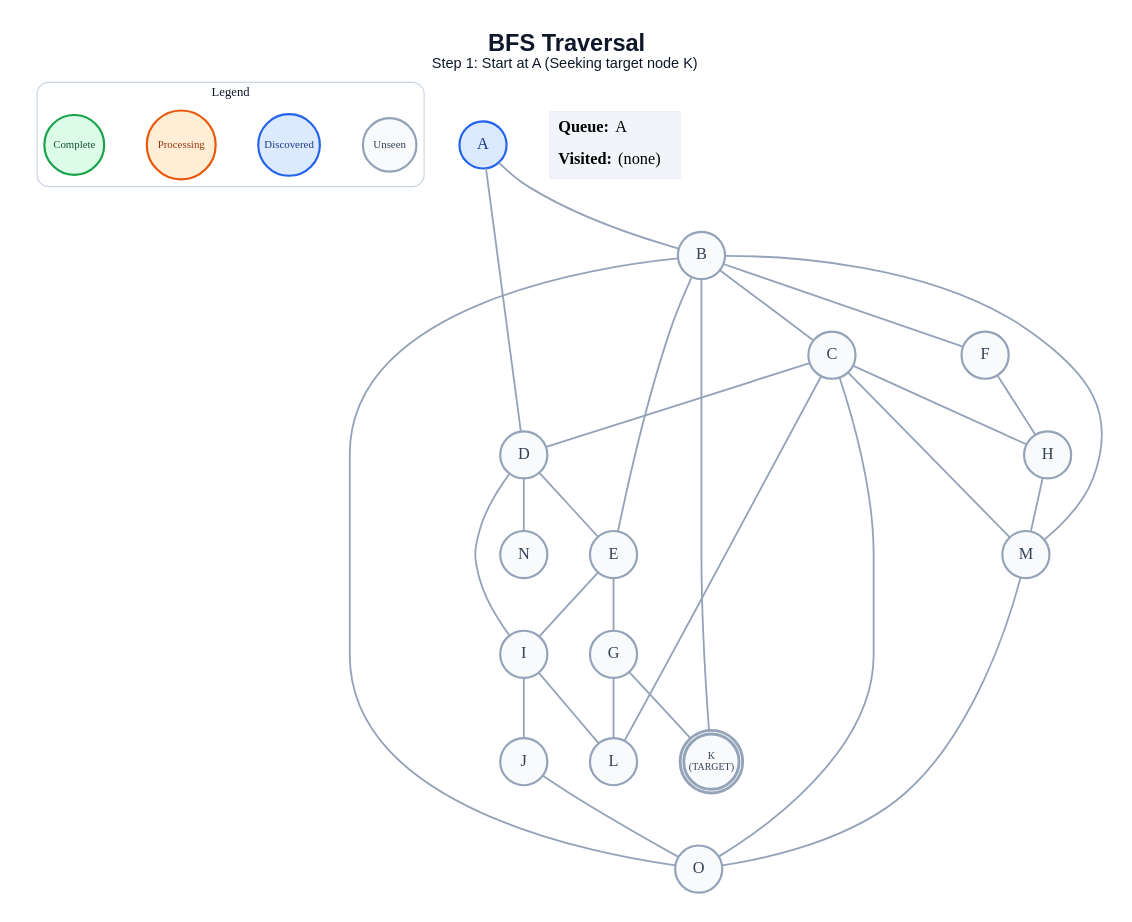
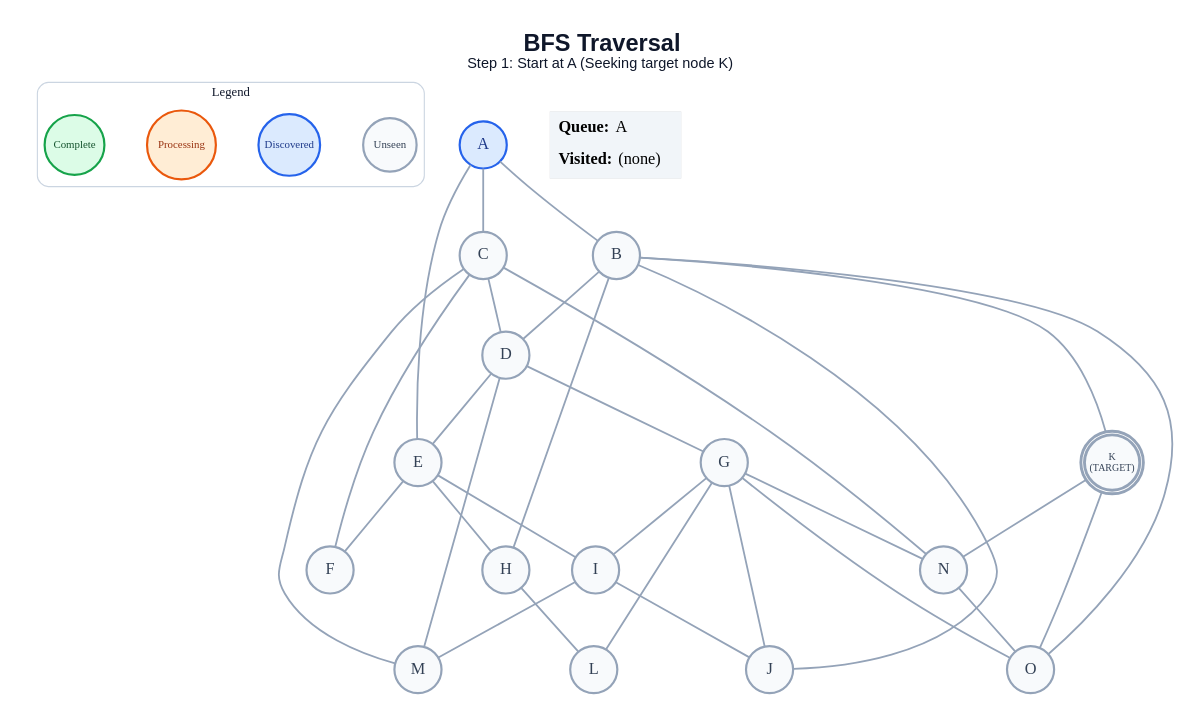
The diagram in generated/specific-node/bfs/step_01.dot (anon7238593-create/ai-slop), drawn with Graphviz before and after one commit. The commit also changed 209 other files, not shown here.

```diff
--- a/generated/specific-node/bfs/step_01.dot
+++ b/generated/specific-node/bfs/step_01.dot
@@ -1,60 +1,63 @@
 graph traversal {
   graph [layout=dot, rankdir=TB, bgcolor="#FFFFFF", pad="0.35", nodesep="0.65", ranksep="0.8", fontname="Arial"];
   node [shape=circle, style="filled", fontname="Arial Bold", fontsize=18, width=0.72, fixedsize=true, penwidth=2.4];
   edge [color="#94A3B8", penwidth=2.0];
   label=<<B>BFS Traversal</B><BR/><FONT POINT-SIZE="16">Step 1: Start at A (Seeking target node K)</FONT>>; labelloc="t"; fontsize=26; fontname="Arial"; fontcolor="#0F172A";
   subgraph cluster_legend { label="Legend"; color="#CBD5E1"; penwidth=1.2; style="rounded"; fontsize=14; fontname="Arial Bold";
     key_unseen [label="Unseen", fillcolor="#F8FAFC", color="#94A3B8", fontcolor="#334155", fontsize=12, width=0.82];
     key_frontier [label="Discovered", fillcolor="#DBEAFE", color="#2563EB", fontcolor="#1E3A8A", fontsize=12, width=0.95];
     key_current [label="Processing", fillcolor="#FFEDD5", color="#EA580C", fontcolor="#9A3412", fontsize=12, width=1.05];
     key_done [label="Complete", fillcolor="#DCFCE7", color="#16A34A", fontcolor="#14532D", fontsize=12, width=0.92];
     { rank=same; key_unseen; key_frontier; key_current; key_done; }
   }
   A [label="A", fillcolor="#DBEAFE", color="#2563EB", fontcolor="#1E3A8A", peripheries=1, penwidth=2.4];
   B [label="B", fillcolor="#F8FAFC", color="#94A3B8", fontcolor="#334155", peripheries=1, penwidth=2.4];
   C [label="C", fillcolor="#F8FAFC", color="#94A3B8", fontcolor="#334155", peripheries=1, penwidth=2.4];
   D [label="D", fillcolor="#F8FAFC", color="#94A3B8", fontcolor="#334155", peripheries=1, penwidth=2.4];
   E [label="E", fillcolor="#F8FAFC", color="#94A3B8", fontcolor="#334155", peripheries=1, penwidth=2.4];
   F [label="F", fillcolor="#F8FAFC", color="#94A3B8", fontcolor="#334155", peripheries=1, penwidth=2.4];
   G [label="G", fillcolor="#F8FAFC", color="#94A3B8", fontcolor="#334155", peripheries=1, penwidth=2.4];
   H [label="H", fillcolor="#F8FAFC", color="#94A3B8", fontcolor="#334155", peripheries=1, penwidth=2.4];
   I [label="I", fillcolor="#F8FAFC", color="#94A3B8", fontcolor="#334155", peripheries=1, penwidth=2.4];
   J [label="J", fillcolor="#F8FAFC", color="#94A3B8", fontcolor="#334155", peripheries=1, penwidth=2.4];
   K [label="K\n(TARGET)", fillcolor="#F8FAFC", color="#94A3B8", fontcolor="#334155", peripheries=2, penwidth=3.2, fontsize=11, width=0.85, height=0.85];
   L [label="L", fillcolor="#F8FAFC", color="#94A3B8", fontcolor="#334155", peripheries=1, penwidth=2.4];
   M [label="M", fillcolor="#F8FAFC", color="#94A3B8", fontcolor="#334155", peripheries=1, penwidth=2.4];
   N [label="N", fillcolor="#F8FAFC", color="#94A3B8", fontcolor="#334155", peripheries=1, penwidth=2.4];
   O [label="O", fillcolor="#F8FAFC", color="#94A3B8", fontcolor="#334155", peripheries=1, penwidth=2.4];
   A -- B;
-  A -- D;
-  B -- C;
-  B -- E;
-  B -- F;
+  A -- C;
+  A -- E;
+  B -- D;
+  B -- H;
+  B -- J;
   B -- K;
-  B -- M;
   B -- O;
   C -- D;
-  C -- H;
-  C -- L;
+  C -- F;
   C -- M;
-  C -- O;
+  C -- N;
   D -- E;
-  D -- I;
-  D -- N;
-  E -- G;
+  D -- G;
+  D -- M;
+  E -- F;
+  E -- H;
   E -- I;
-  F -- H;
-  G -- K;
+  G -- I;
+  G -- J;
   G -- L;
-  H -- M;
+  G -- N;
+  G -- O;
+  H -- L;
   I -- J;
-  I -- L;
-  J -- O;
-  M -- O;
+  I -- M;
+  K -- N;
+  K -- O;
+  N -- O;
   status [shape=plain, fixedsize=false, width=0, height=0, margin=0, label=<
     <TABLE BORDER="0" CELLBORDER="0" CELLPADDING="7" BGCOLOR="#F1F5F9">
       <TR><TD ALIGN="LEFT"><B>Queue:</B> A</TD></TR>
       <TR><TD ALIGN="LEFT"><B>Visited:</B> (none)</TD></TR>
     </TABLE>
   >];
 }
```
